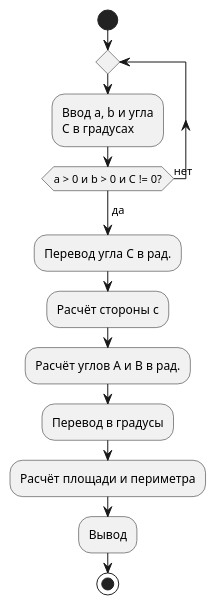
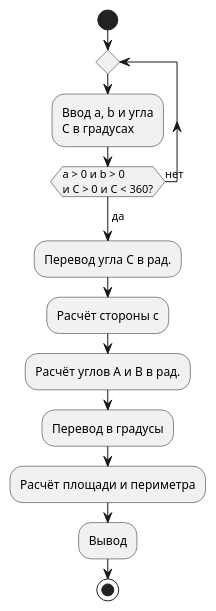
The seventh of 12 diagrams in L1/report.org (nonk123/labworks), drawn with PlantUML before and after one commit. The commit also changed other lines of this file and 16 other files, not shown here.

```diff
--- a/L1/report.org
+++ b/L1/report.org
@@ -402,15 +402,15 @@
 #+BEGIN_SRC plantuml :file tmp/Z1_7.png
 start
 repeat
 :Ввод a, b и угла
 C в градусах;
-repeat while (a > 0 и b > 0 и C != 0?) is (нет)
+repeat while (a > 0 и b > 0\nи C > 0 и C < 360?) is (нет)
 ->да;
 :Перевод угла C в рад.;
 :Расчёт стороны c;
 :Расчёт углов A и B в рад.;
 :Перевод в градусы;
 :Расчёт площади и периметра;
 :Вывод;
 stop
 #+END_SRC
```
